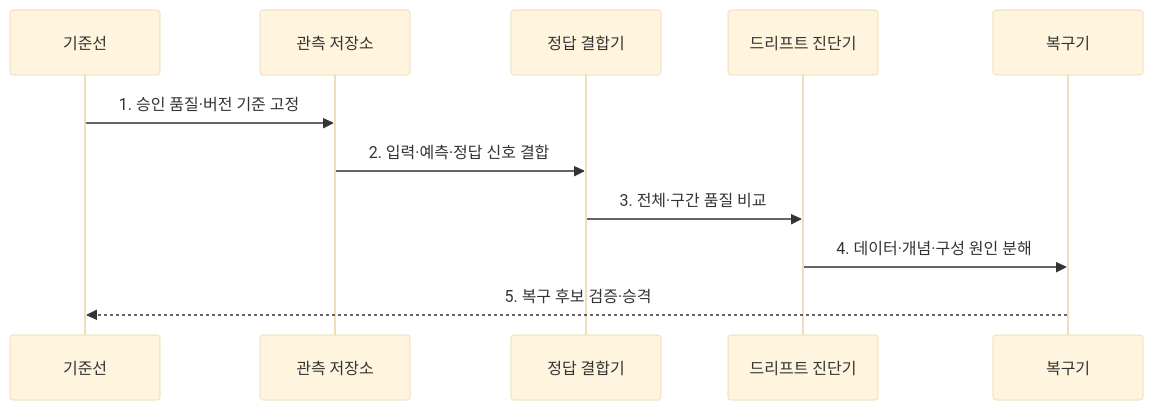
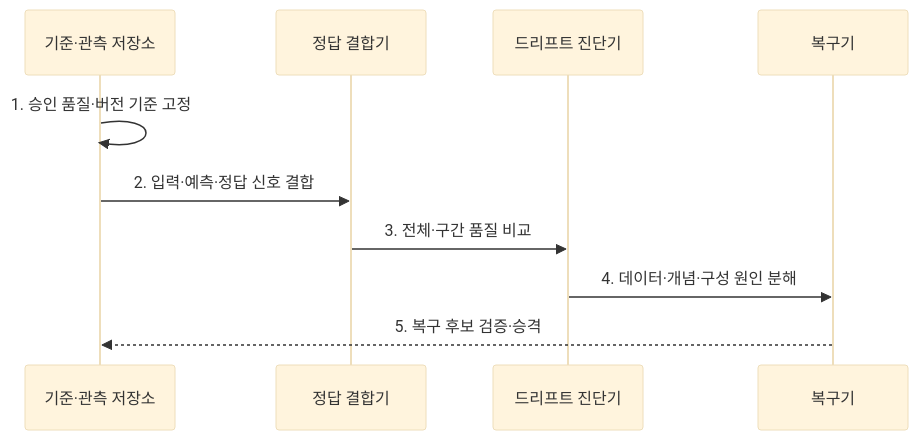
Before and after one commit to agnusdei1207/knowledge-base: the second of 2 diagrams in src/content/docs/notes/08-latest-tech/136_model_drift.md, drawn with Mermaid (base theme). The commit also changed 5 other files, not shown here.

Commit message:
Clarify AI operations flow roles

````diff
--- a/src/content/docs/notes/08-latest-tech/136_model_drift.md
+++ b/src/content/docs/notes/08-latest-tech/136_model_drift.md
@@ -99,13 +99,12 @@
 ```mermaid
 sequenceDiagram
-    participant B as 기준선
-    participant L as 관측 저장소
+    participant B as 기준·관측 저장소
     participant G as 정답 결합기
     participant D as 드리프트 진단기
     participant R as 복구기
-    B->>L: 1. 승인 품질·버전 기준 고정
-    L->>G: 2. 입력·예측·정답 신호 결합
+    B->>B: 1. 승인 품질·버전 기준 고정
+    B->>G: 2. 입력·예측·정답 신호 결합
     G->>D: 3. 전체·구간 품질 비교
     D->>R: 4. 데이터·개념·구성 원인 분해
     R-->>B: 5. 복구 후보 검증·승격
 ```
````
